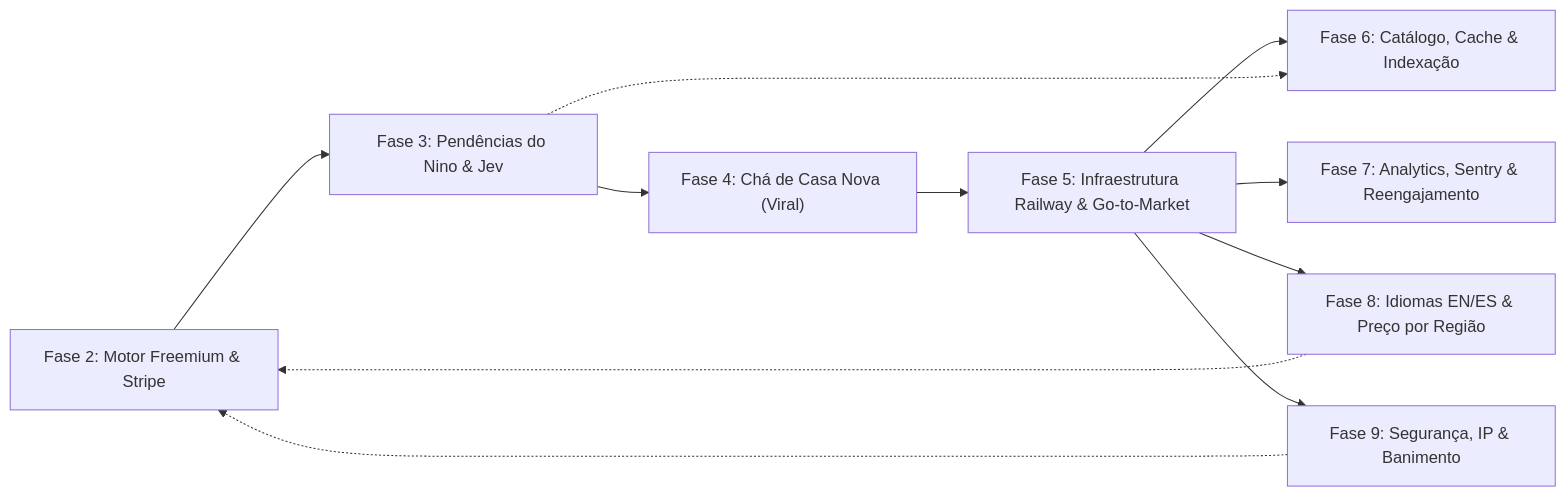
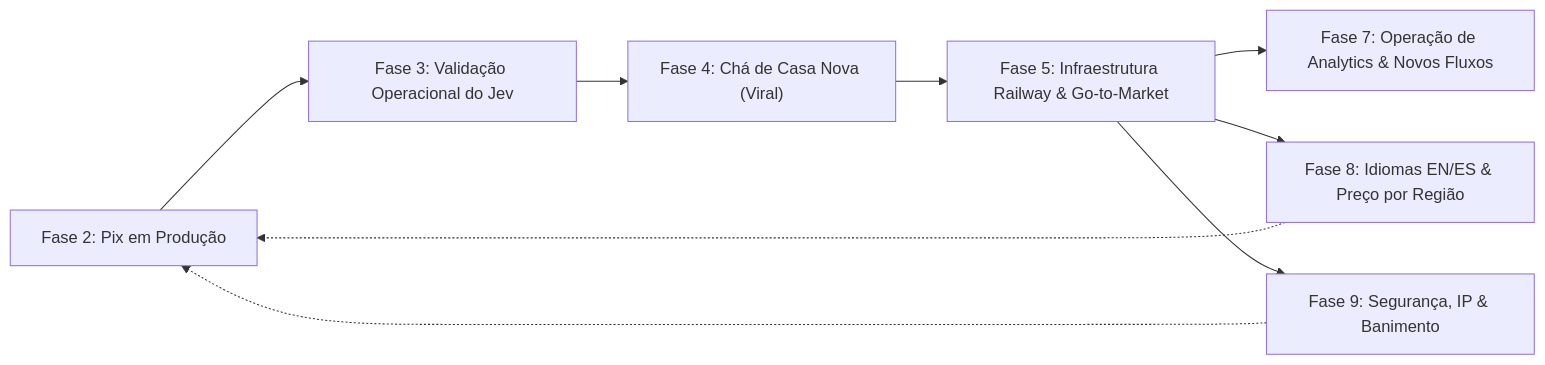
The diagram in docs/implementacoes-futuras.md (joaov-meneses/enxoval-de-casa-nova), drawn with Mermaid before and after one commit. The commit also changed other lines of this file and 221 other files, not shown here.

````diff
--- a/docs/implementacoes-futuras.md
+++ b/docs/implementacoes-futuras.md
@@ -39,13 +24,11 @@
 ```mermaid
 flowchart LR
-    Fase2["Fase 2: Motor Freemium & Stripe"] --> Fase3["Fase 3: Pendências do Nino & Jev"]
+    Fase2["Fase 2: Pix em Produção"] --> Fase3["Fase 3: Validação Operacional do Jev"]
     Fase3 --> Fase4["Fase 4: Chá de Casa Nova (Viral)"]
     Fase4 --> Fase5["Fase 5: Infraestrutura Railway & Go-to-Market"]
-    Fase5 --> Fase6["Fase 6: Catálogo, Cache & Indexação"]
-    Fase3 -.-> Fase6
-    Fase5 --> Fase7["Fase 7: Analytics, Sentry & Reengajamento"]
+    Fase5 --> Fase7["Fase 7: Operação de Analytics & Novos Fluxos"]
     Fase5 --> Fase8["Fase 8: Idiomas EN/ES & Preço por Região"]
     Fase5 --> Fase9["Fase 9: Segurança, IP & Banimento"]
     Fase9 -.-> Fase2
     Fase8 -.-> Fase2
 ```
````
